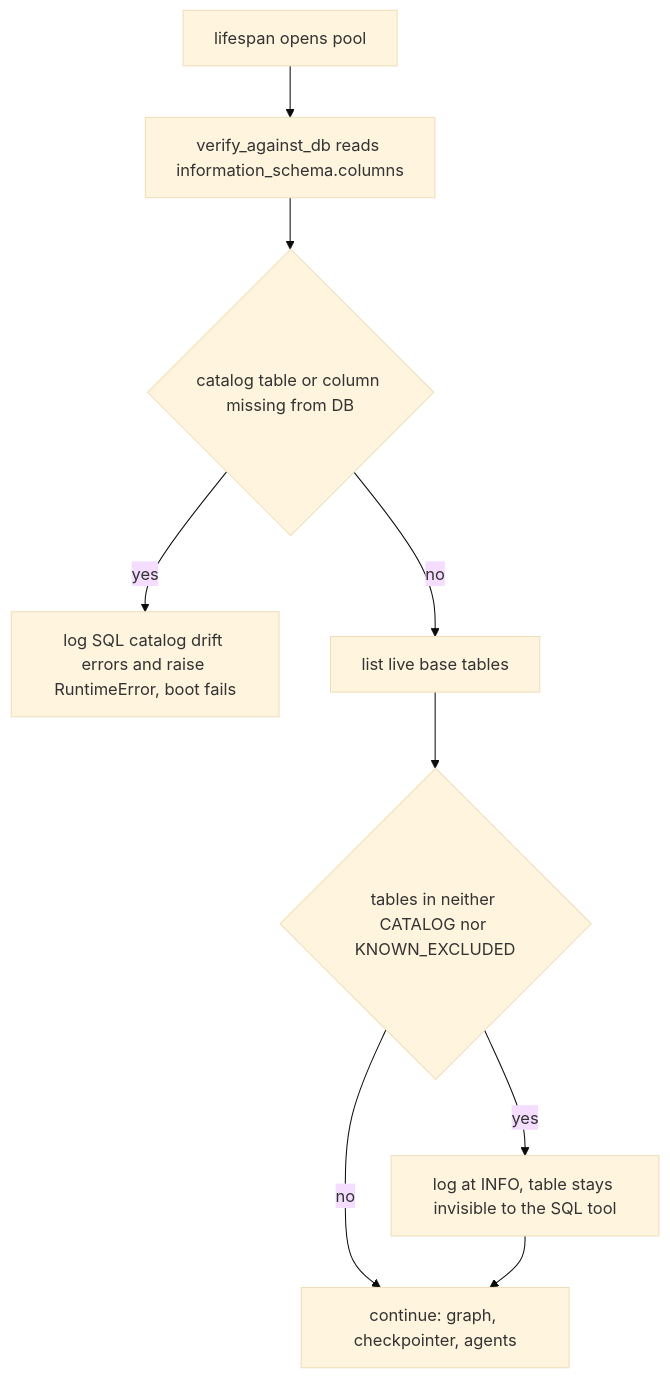
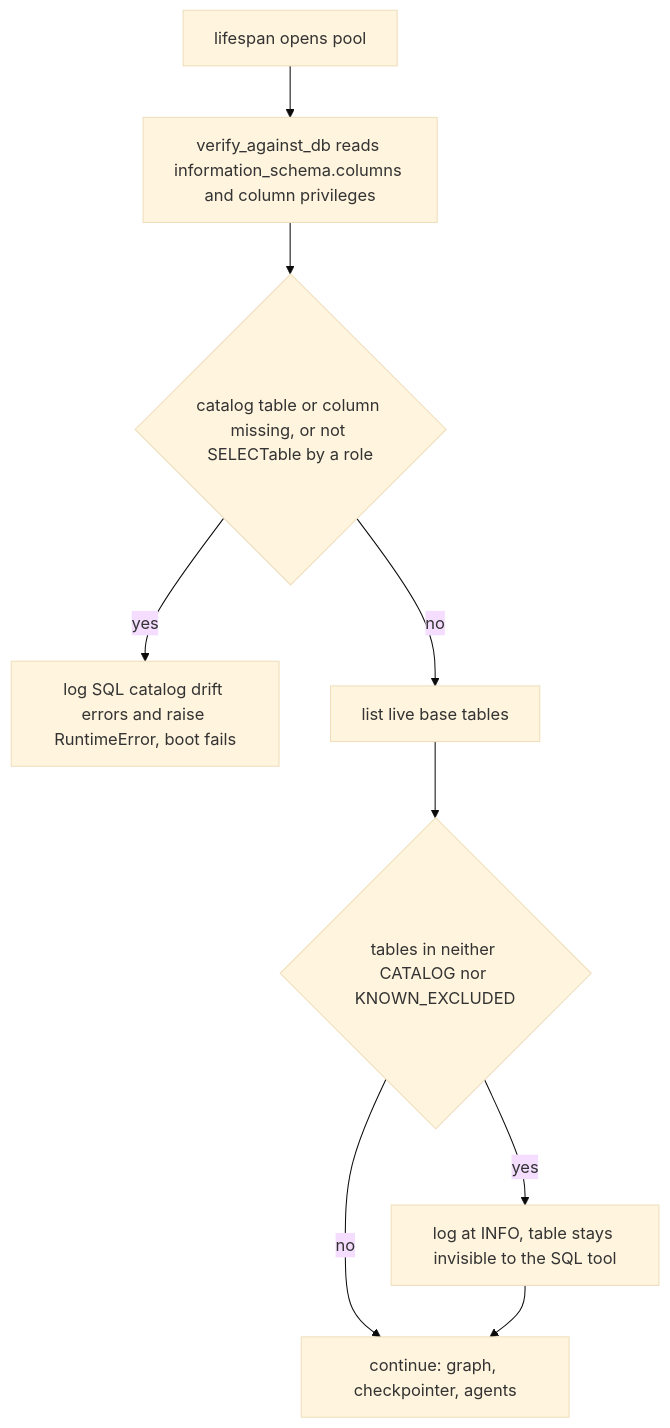
Before and after one commit to project-tech4dev/sangam: the second of 2 diagrams in openwiki/architecture/data-and-migrations.md, drawn with Mermaid (base theme). The commit also changed other lines of this file and 41 other files, not shown here.

````diff
--- a/openwiki/architecture/data-and-migrations.md
+++ b/openwiki/architecture/data-and-migrations.md
@@ -170,11 +189,11 @@
 ```mermaid
 flowchart TD
-    A["lifespan opens pool"] --> B["verify_against_db reads information_schema.columns"]
-    B --> C{"catalog table or column missing from DB"}
+    A["lifespan opens pool"] --> B["verify_against_db reads information_schema.columns and column privileges"]
+    B --> C{"catalog table or column missing, or not SELECTable by a role"}
     C -- yes --> D["log SQL catalog drift errors and raise RuntimeError, boot fails"]
     C -- no --> E["list live base tables"]
     E --> F{"tables in neither CATALOG nor KNOWN_EXCLUDED"}
     F -- yes --> G["log at INFO, table stays invisible to the SQL tool"]
     F -- no --> H["continue: graph, checkpointer, agents"]
     G --> H
 ```
````
